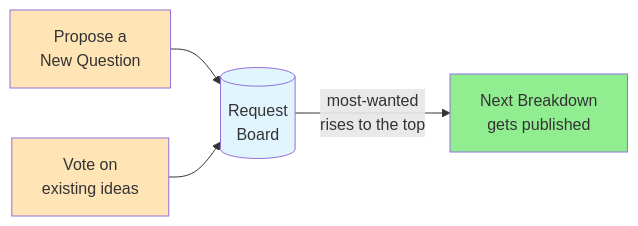
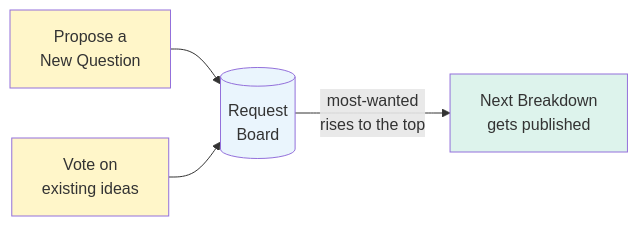
Before and after one commit to cartmancodes/InterviewVault: the diagram in LLD/SystemDesign/InaHurry/VoteForWhatWeBreakDownNext.md, drawn with Mermaid. The commit also changed 679 other files, not shown here.

Commit message:
Unify content diagrams and add accessible visual walkthroughs

````diff
--- a/LLD/SystemDesign/InaHurry/VoteForWhatWeBreakDownNext.md
+++ b/LLD/SystemDesign/InaHurry/VoteForWhatWeBreakDownNext.md
@@ -24,11 +24,11 @@
 ```mermaid
 graph LR
     P["Propose a<br/>New Question"] --> B[("Request<br/>Board")]
     V["Vote on<br/>existing ideas"] --> B
     B -->|"most-wanted<br/>rises to the top"| N["Next Breakdown<br/>gets published"]
 
-    style P fill:#FFE4B5
-    style V fill:#FFE4B5
-    style B fill:#e1f5ff
-    style N fill:#90EE90
+    style P fill:#FFF6C9
+    style V fill:#FFF6C9
+    style B fill:#EAF5FD
+    style N fill:#DDF3EC
 ```
````
